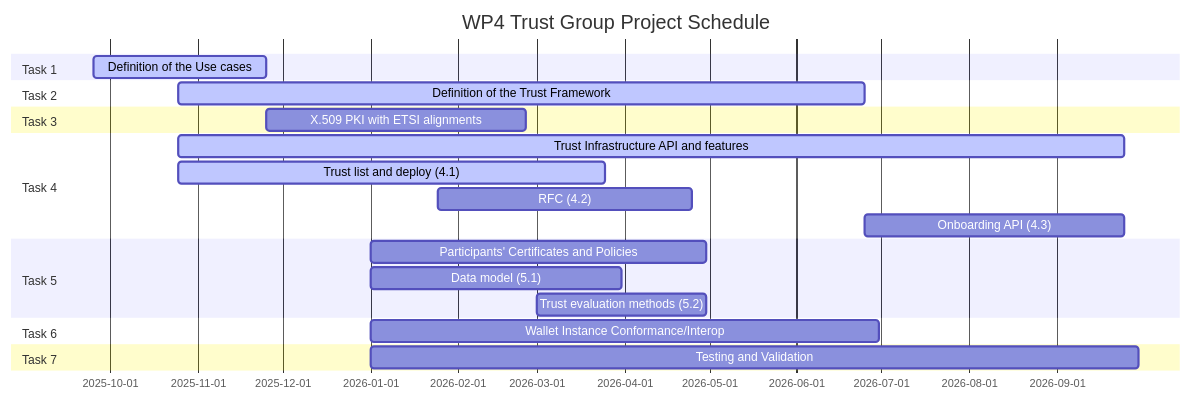
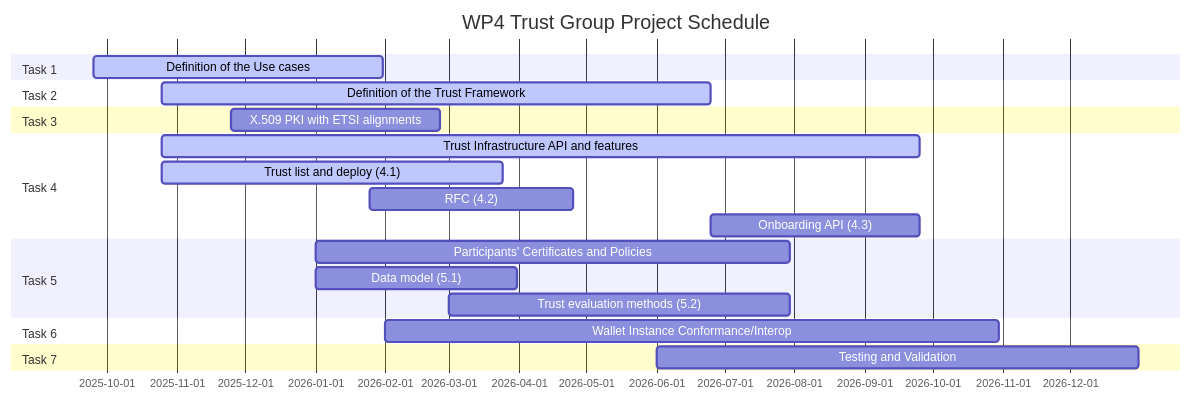
The diagram in README.md (webuild-consortium/wp4-trust-group), drawn with Mermaid before and after one commit.

Commit message:
Apply suggestions from code review

````diff
--- a/README.md
+++ b/README.md
@@ -35,24 +35,24 @@
 ```mermaid
 gantt
     title WP4 Trust Group Project Schedule
     dateFormat YYYY-MM-DD
     section Task 1
-    Definition of the Use cases           :active, task1, 2025-09-25, 2025-11-25
+    Definition of the Use cases :active, task1, 2025-09-25, 2026-01-31
     section Task 2
     Definition of the Trust Framework      :active, task2, 2025-10-25, 2026-06-25
     section Task 3
     X.509 PKI with ETSI alignments        :task3, 2025-11-25, 2026-02-25
     section Task 4
     Trust Infrastructure API and features  :active, task4, 2025-10-25, 2026-09-25
     Trust list and deploy (4.1)            :active, task4_1, 2025-10-25, 2026-03-25
     RFC (4.2)                             :task4_2, 2026-01-25, 2026-04-25
     Onboarding API (4.3)                  :task4_3, 2026-06-25, 2026-09-25
     section Task 5
-    Participants' Certificates and Policies :task5, 2026-01-01, 2026-04-30
+    Participants' Certificates and Policies :task5, 2026-01-01, 2026-07-30
     Data model (5.1)                      :task5_1, 2026-01-01, 2026-03-31
-    Trust evaluation methods (5.2)       :task5_2, 2026-03-01, 2026-04-30
+    Trust evaluation methods (5.2) :task5_2, 2026-03-01, 2026-07-30
     section Task 6
-    Wallet Instance Conformance/Interop   :task6, 2026-01-01, 2026-06-30
+    Wallet Instance Conformance/Interop :task6, 2026-02-01, 2026-10-30
     section Task 7
-    Testing and Validation                :task7, 2026-01-01, 2026-09-30
+    Testing and Validation :task7, 2026-06-01, 2026-12-31
 ```
````
